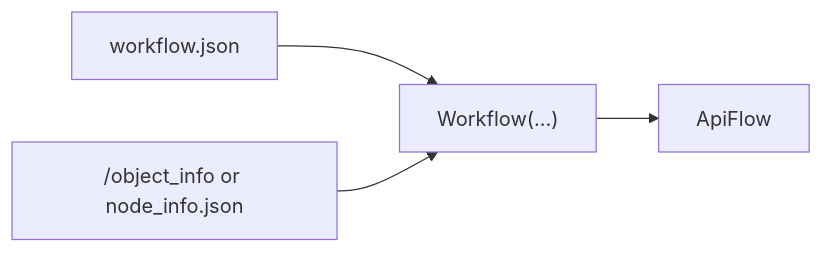
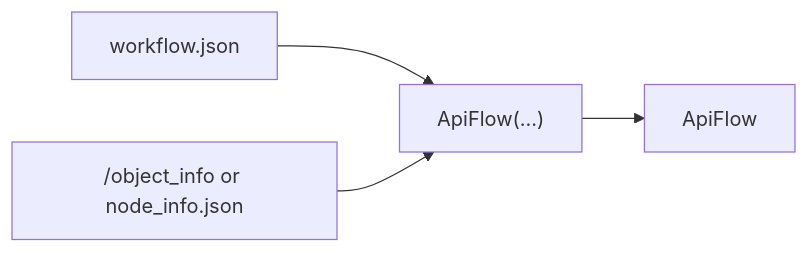
The first of 3 diagrams in docs/node-info-and-env.md (chrisdreid/comfyui-autoflow), drawn with Mermaid before and after one commit. The commit also changed other lines of this file and 31 other files, not shown here.

Commit message:
Workflow class refactoring (Option A): absorbing auto-detection into ApiFlow, deprecating Workflow as a compatibility alias. Covers changes across models.py, flowtree.py, cli.py and smoke test results.

````diff
--- a/docs/node-info-and-env.md
+++ b/docs/node-info-and-env.md
@@ -20,6 +20,6 @@
 ```mermaid
 flowchart LR
-  workflowJson["workflow.json"] --> convertFn["Workflow(...)"]
+  workflowJson["workflow.json"] --> convertFn["ApiFlow(...)"]
   objectInfo["/object_info or node_info.json"] --> convertFn
   convertFn --> apiFlow["ApiFlow"]
 ```
````
